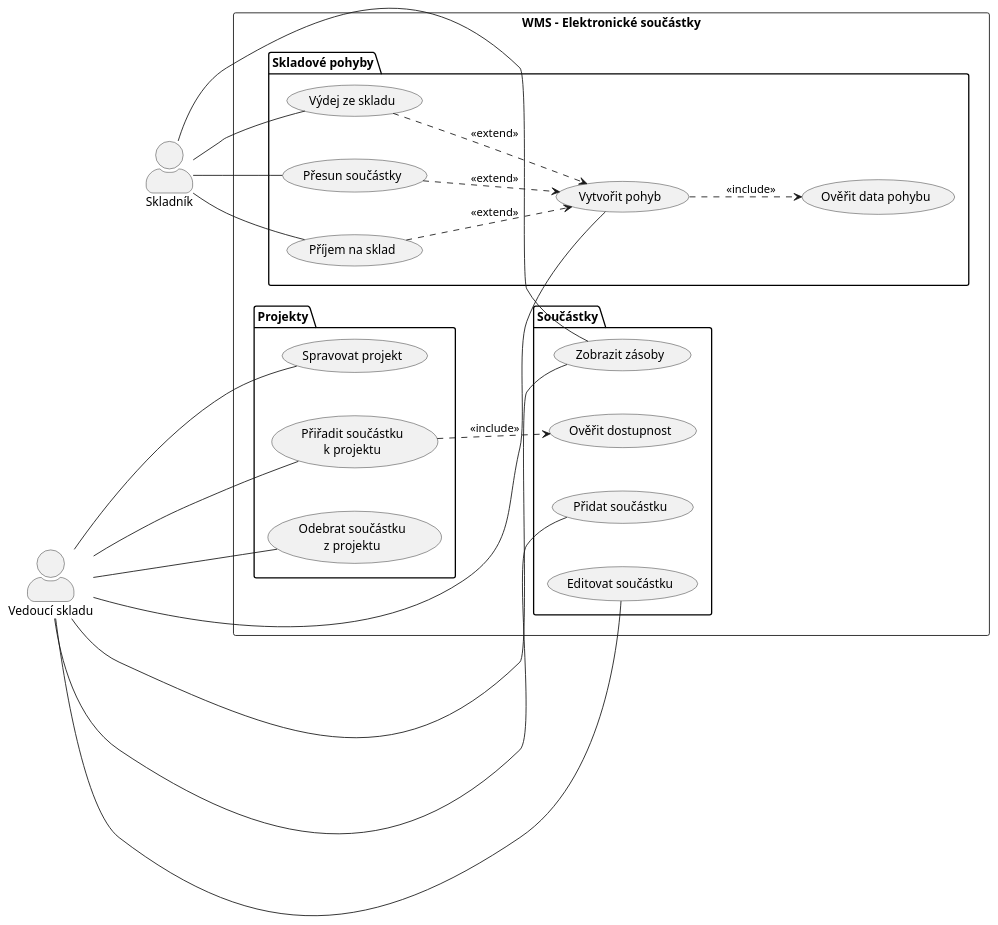
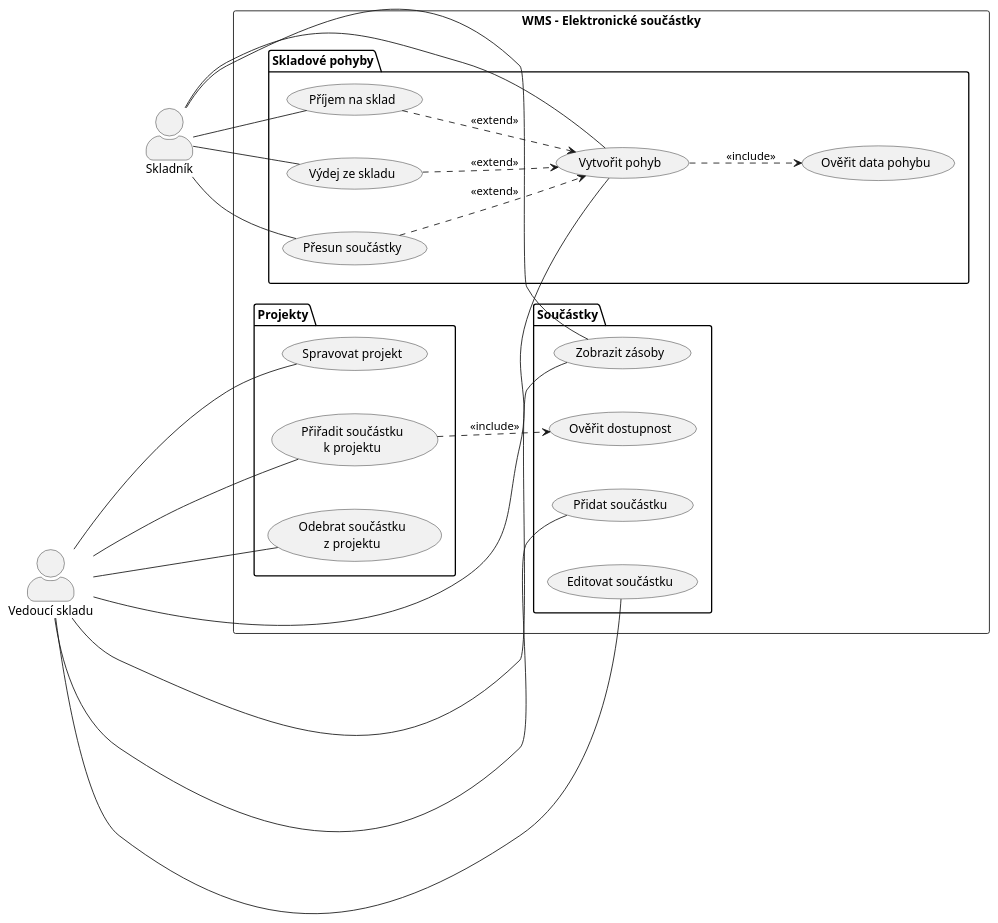
One commit to lkvapil/kOdevzdaniProjektWMS changed the diagram in diagrams/01_use_case.puml. Above: the diagram before and after it, drawn with PlantUML. The commit also changed 1 other file, not shown here.

Commit message:
Use Case – Skladník doplněn o Vytvořit pohyb

```diff
--- a/diagrams/01_use_case.puml
+++ b/diagrams/01_use_case.puml
@@ -1,62 +1,63 @@
 @startuml 01_use_case
 left to right direction
 skinparam actorStyle awesome
 skinparam nodesep 50
 skinparam ranksep 60
 skinparam packagePadding 10
 
 actor "Vedoucí skladu" as Vedouci
 actor "Skladník" as Skladnik
 
 Vedouci -[hidden]down- Skladnik
 
 rectangle "WMS – Elektronické součástky" {
 
   package "Projekty" {
     usecase "Spravovat projekt" as UC_PROJEKT
     usecase "Přiřadit součástku\nk projektu" as UC_PRIRADIT
     usecase "Odebrat součástku\nz projektu" as UC_ODEBRAT
   }
 
   package "Součástky" {
     usecase "Přidat součástku" as UC_ADD
     usecase "Editovat součástku" as UC_EDIT
     usecase "Zobrazit zásoby" as UC_ZASOBY
     usecase "Ověřit dostupnost" as UC_DOSTUPNOST
   }
 
   package "Skladové pohyby" {
     usecase "Příjem na sklad" as UC_PRIJEM
     usecase "Výdej ze skladu" as UC_VYDEJ
     usecase "Přesun součástky" as UC_PRESUN
     usecase "Vytvořit pohyb" as UC_POHYB
     usecase "Ověřit data pohybu" as UC_OVERIT
   }
 
 }
 
 ' Vedoucí skladu – nahoře
 Vedouci -- UC_PROJEKT
 Vedouci -- UC_PRIRADIT
 Vedouci -- UC_ODEBRAT
 Vedouci -- UC_ADD
 Vedouci -- UC_EDIT
 Vedouci -- UC_ZASOBY
 Vedouci -- UC_POHYB
 
 ' Skladník – dole
 Skladnik -- UC_PRIJEM
 Skladnik -- UC_VYDEJ
 Skladnik -- UC_PRESUN
 Skladnik -- UC_ZASOBY
+Skladnik -- UC_POHYB
 
 ' include
 UC_POHYB    ..> UC_OVERIT     : <<include>>
 UC_PRIRADIT ..> UC_DOSTUPNOST : <<include>>
 
 ' extend
 UC_PRIJEM ..> UC_POHYB : <<extend>>
 UC_VYDEJ  ..> UC_POHYB : <<extend>>
 UC_PRESUN ..> UC_POHYB : <<extend>>
 
 @enduml
```
